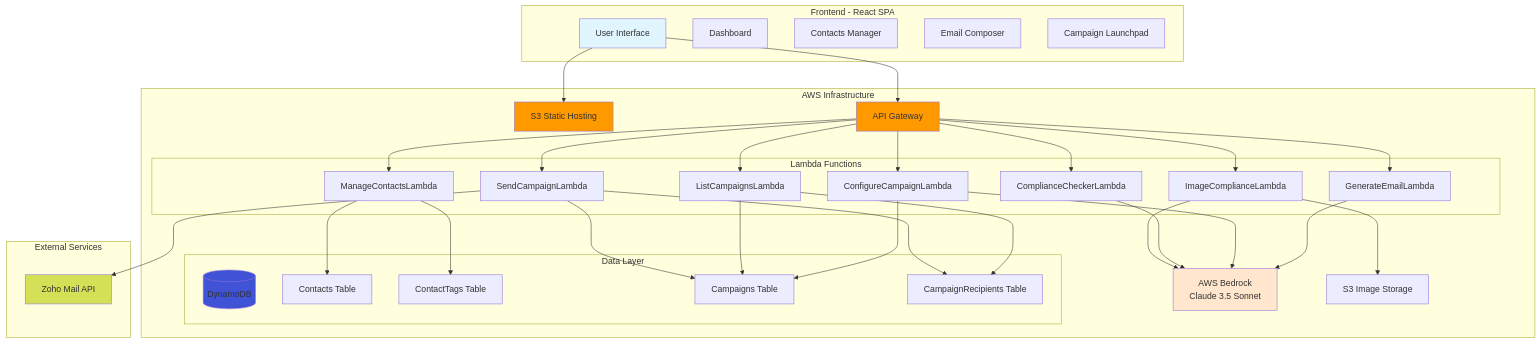
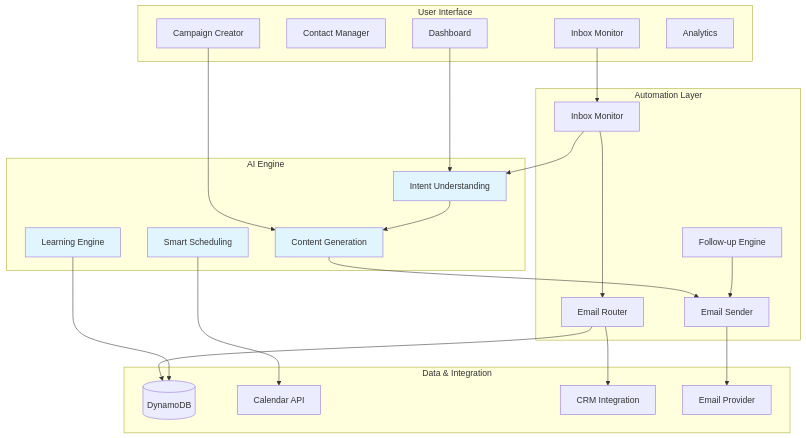
Before and after one commit to kamishas/Email-AI-Automation-Agent: the diagram in README.md, drawn with Mermaid. The commit also changed other lines of this file, not shown here.

First line of the commit message:
docs: Complete README rewrite - AI Email Agent vision

````diff
--- a/README.md
+++ b/README.md
@@ -165,72 +441,53 @@
 ```mermaid
 graph TB
-    subgraph "Frontend - React SPA"
-        UI[User Interface]
+    subgraph "User Interface"
         Dashboard[Dashboard]
-        Contacts[Contacts Manager]
-        Composer[Email Composer]
-        Launchpad[Campaign Launchpad]
+        Contacts[Contact Manager]
+        Campaigns[Campaign Creator]
+        Inbox[Inbox Monitor]
+        Analytics[Analytics]
     end
 
-    subgraph "AWS Infrastructure"
-        S3[S3 Static Hosting]
-        APIGW[API Gateway]
-        
-        subgraph "Lambda Functions"
-            ManageContacts[ManageContactsLambda]
-            GenEmail[GenerateEmailLambda]
-            ConfigCampaign[ConfigureCampaignLambda]
-            ListCampaigns[ListCampaignsLambda]
-            SendCampaign[SendCampaignLambda]
-            TextComp[ComplianceCheckerLambda]
-            ImgComp[ImageComplianceLambda]
-        end
-        
-        subgraph "Data Layer"
-            DDB[(DynamoDB)]
-            Contacts_Table[Contacts Table]
-            Tags_Table[ContactTags Table]
-            Campaigns_Table[Campaigns Table]
-            Recipients_Table[CampaignRecipients Table]
-        end
-        
-        Bedrock[AWS Bedrock<br/>Claude 3.5 Sonnet]
-        S3Images[S3 Image Storage]
+    subgraph "AI Engine"
+        IntentAI[Intent Understanding]
+        ContentAI[Content Generation]
+        ScheduleAI[Smart Scheduling]
+        LearnAI[Learning Engine]
     end
 
-    subgraph "External Services"
-        Zoho[Zoho Mail API]
+    subgraph "Automation Layer"
+        Monitor[Inbox Monitor]
+        Sender[Email Sender]
+        Followup[Follow-up Engine]
+        Router[Email Router]
     end
 
-    UI --> S3
-    UI --> APIGW
-    APIGW --> ManageContacts
-    APIGW --> GenEmail
-    APIGW --> ConfigCampaign
-    APIGW --> ListCampaigns
-    APIGW --> SendCampaign
-    APIGW --> TextComp
-    APIGW --> ImgComp
+    subgraph "Data & Integration"
+        DDB[(DynamoDB)]
+        Calendar[Calendar API]
+        CRM[CRM Integration]
+        Email[Email Provider]
+    end
+
+    Dashboard --> IntentAI
+    Campaigns --> ContentAI
+    Inbox --> Monitor
     
-    ManageContacts --> Contacts_Table
-    ManageContacts --> Tags_Table
-    ConfigCampaign --> Campaigns_Table
-    ListCampaigns --> Campaigns_Table
-    ListCampaigns --> Recipients_Table
-    SendCampaign --> Campaigns_Table
-    SendCampaign --> Recipients_Table
-    SendCampaign --> Zoho
+    IntentAI --> ContentAI
+    ContentAI --> Sender
+    ScheduleAI --> Calendar
     
-    GenEmail --> Bedrock
-    ConfigCampaign --> Bedrock
-    TextComp --> Bedrock
-    ImgComp --> Bedrock
-    ImgComp --> S3Images
+    Monitor --> IntentAI
+    Monitor --> Router
+    Sender --> Email
+    Followup --> Sender
     
-    style UI fill:#e1f5ff
-    style S3 fill:#ff9900
-    style APIGW fill:#ff9900
-    style DDB fill:#4053d6
-    style Bedrock fill:#ffe6cc
-    style Zoho fill:#d4e157
+    Router --> CRM
+    Router --> DDB
+    LearnAI --> DDB
+    
+    style IntentAI fill:#e1f5ff
+    style ContentAI fill:#e1f5ff
+    style ScheduleAI fill:#e1f5ff
+    style LearnAI fill:#e1f5ff
 ```
````
